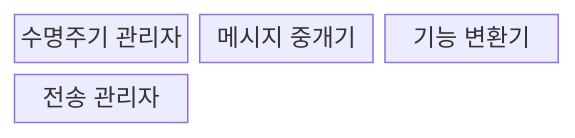
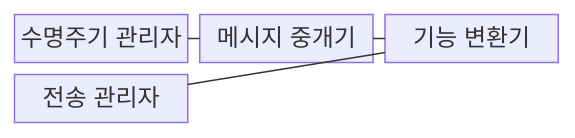
The first of 2 diagrams in src/content/docs/notes/08-latest-tech/008_mcp_client.md (agnusdei1207/knowledge-base), drawn with Mermaid before and after one commit. The commit also changed other lines of this file and 228 other files, not shown here.

````diff
--- a/src/content/docs/notes/08-latest-tech/008_mcp_client.md
+++ b/src/content/docs/notes/08-latest-tech/008_mcp_client.md
@@ -53,8 +53,11 @@
 ```mermaid
 block-beta
     columns 3
     L["수명주기 관리자"]
     R["메시지 중개기"]
     F["기능 변환기"]
     T["전송 관리자"]
+    L --- R
+    R --- F
+    F --- T
 ```
````
